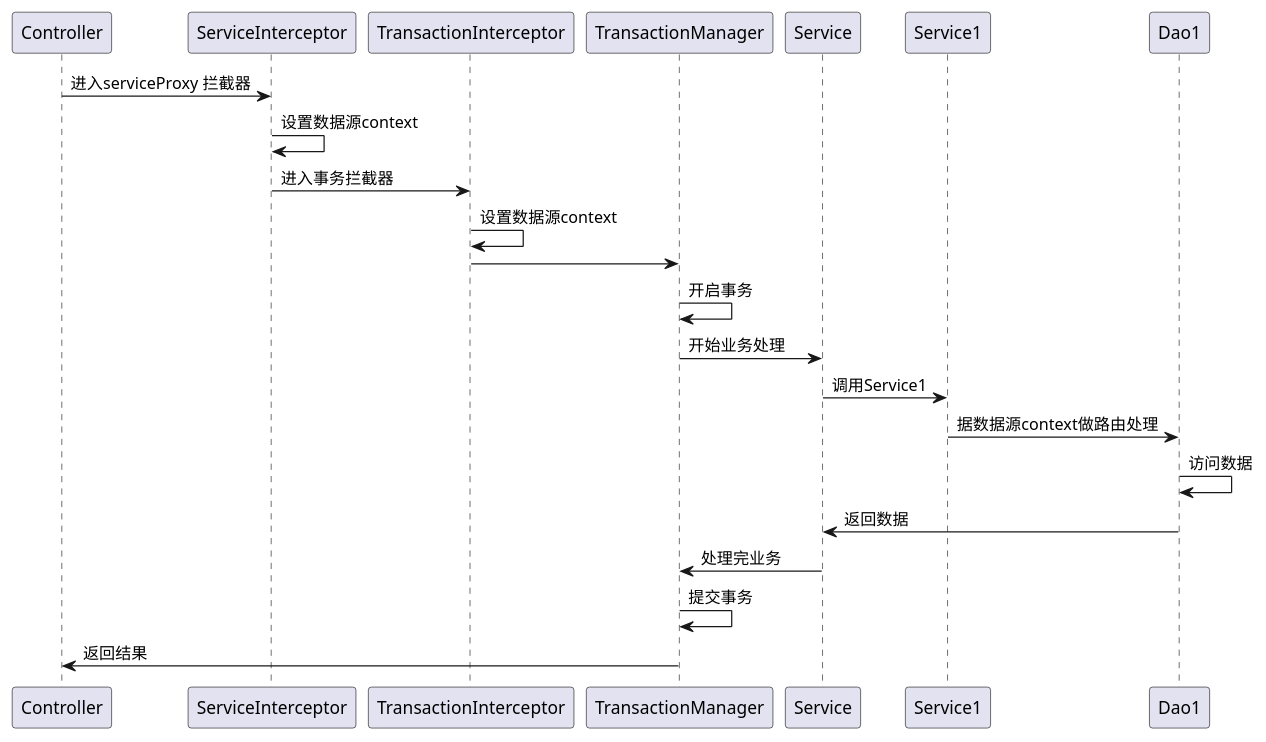
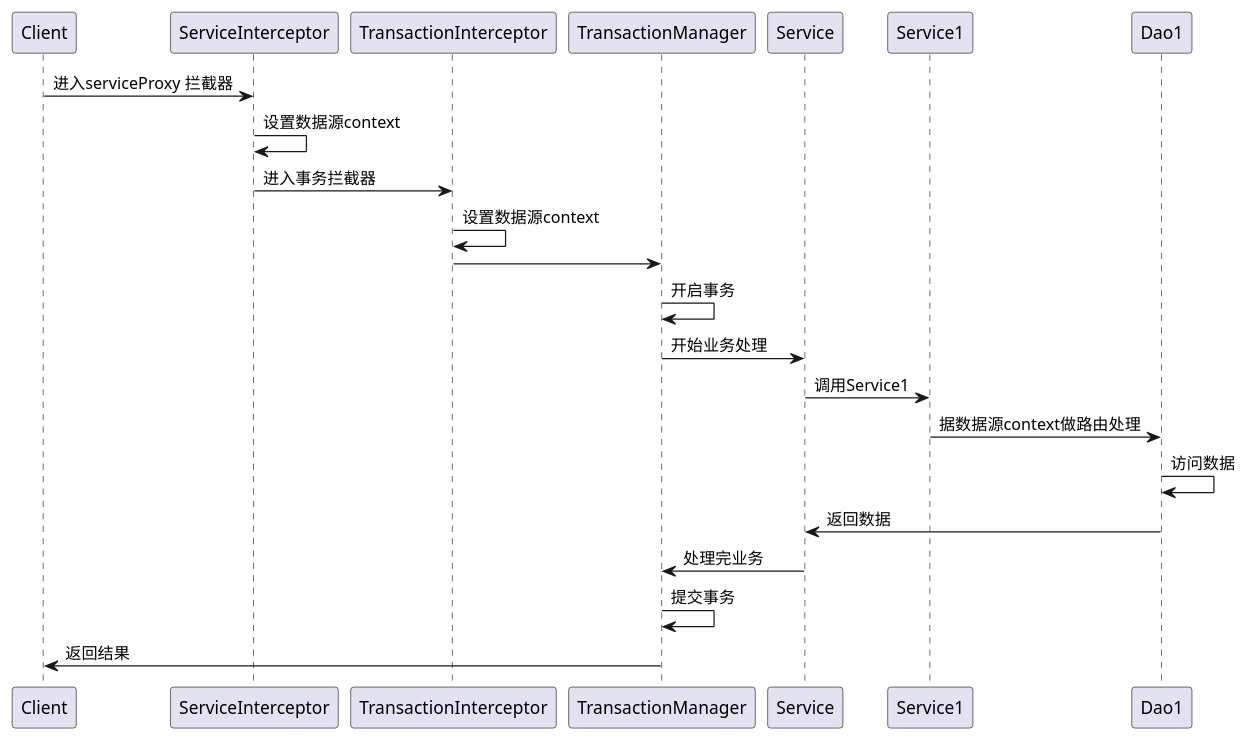
The diagram in doc/业务调用过程.puml (evefost/multiple-datasource), drawn with PlantUML before and after one commit. The commit also changed 11 other files, not shown here.

```diff
--- a/doc/业务调用过程.puml
+++ b/doc/业务调用过程.puml
@@ -2,16 +2,16 @@
 @startuml
-Controller->ServiceInterceptor:进入serviceProxy 拦截器
+Client->ServiceInterceptor:进入serviceProxy 拦截器
 ServiceInterceptor->ServiceInterceptor:设置数据源context
 ServiceInterceptor->TransactionInterceptor:进入事务拦截器
 TransactionInterceptor->TransactionInterceptor:设置数据源context
 TransactionManager<-TransactionInterceptor
 TransactionManager->TransactionManager:开启事务
 TransactionManager->Service:开始业务处理
 Service->Service1:调用Service1
 Service1->Dao1:据数据源context做路由处理
 Dao1->Dao1:访问数据
 Dao1->Service:返回数据
 Service->TransactionManager:处理完业务
 TransactionManager->TransactionManager:提交事务
-TransactionManager->Controller:返回结果
+TransactionManager->Client:返回结果
 @enduml
```
